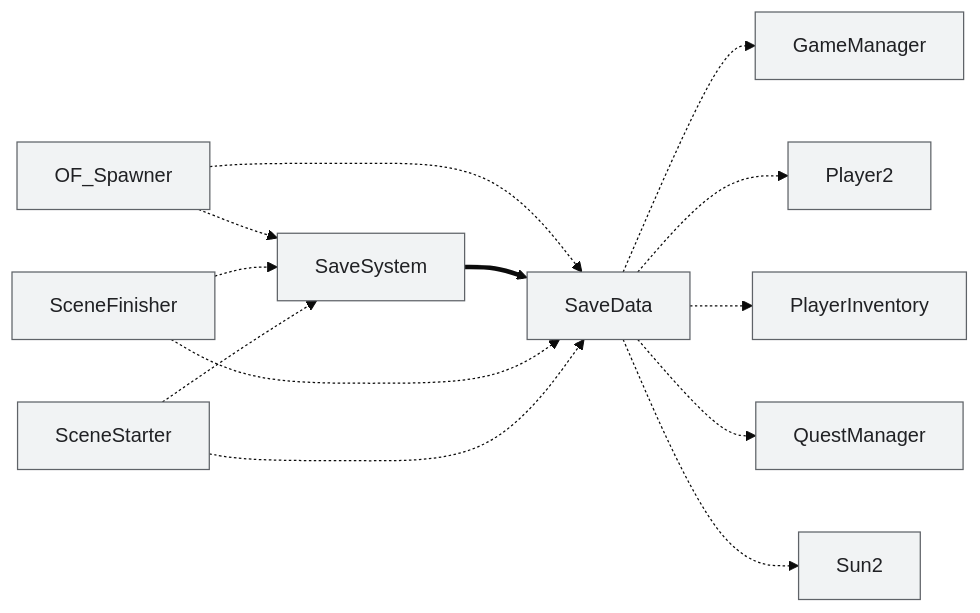
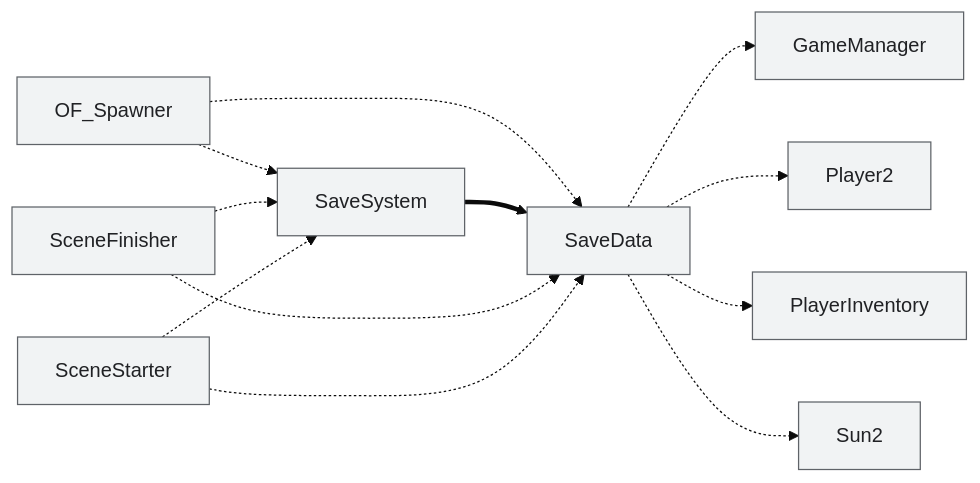
One commit to hukahirame/memorial-frontland changed the diagram in docs/dependencies-diagrams/save.md. Above: the diagram before and after it, drawn with Mermaid (base theme). The commit also changed 14 other files, not shown here.

````diff
--- a/docs/dependencies-diagrams/save.md
+++ b/docs/dependencies-diagrams/save.md
@@ -12,29 +12,27 @@
 ```mermaid
 graph LR
   GameManager
   OF_Spawner
   Player2
   PlayerInventory
-  QuestManager
   SaveData
   SaveSystem
   SceneFinisher
   SceneStarter
   Sun2
   OF_Spawner -.-> SaveData
   OF_Spawner -.-> SaveSystem
   SaveData -.-> GameManager
   SaveData -.-> Player2
   SaveData -.-> PlayerInventory
-  SaveData -.-> QuestManager
   SaveData -.-> Sun2
   SaveSystem ==> SaveData
   SceneFinisher -.-> SaveData
   SceneFinisher -.-> SaveSystem
   SceneStarter -.-> SaveData
   SceneStarter -.-> SaveSystem
   classDef domain fill:#e8f0fe,stroke:#1967d2,color:#174ea6;
   classDef game   fill:#fef7e0,stroke:#b06000,color:#8a5300;
   classDef legacy fill:#f1f3f4,stroke:#5f6368,color:#202124;
-  class GameManager,OF_Spawner,Player2,PlayerInventory,QuestManager,SaveData,SaveSystem,SceneFinisher,SceneStarter,Sun2 legacy;
+  class GameManager,OF_Spawner,Player2,PlayerInventory,SaveData,SaveSystem,SceneFinisher,SceneStarter,Sun2 legacy;
 ```
````
